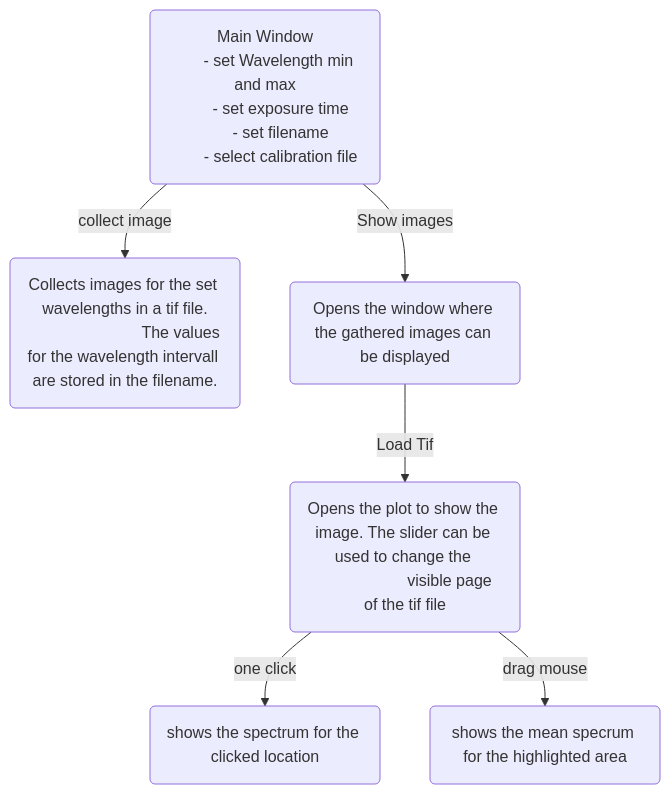
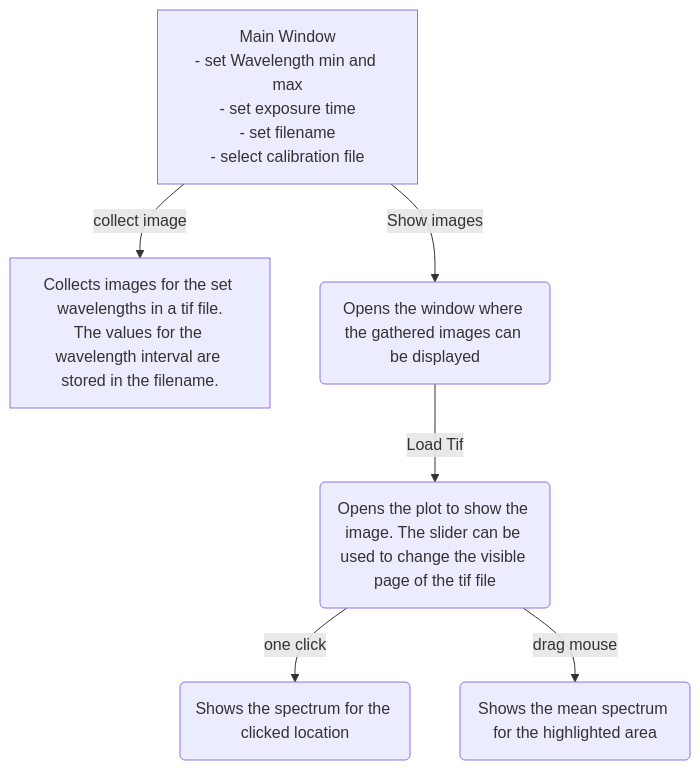
Before and after one commit to ElseSchnabele/Microscope_Automization: the second of 2 diagrams in README.md, drawn with Mermaid.

````diff
--- a/README.md
+++ b/README.md
@@ -133,16 +133,10 @@
 ```mermaid
-flowchart TD;
-    B("Main Window
-       - set Wavelength min and max
-       - set exposure time
-       - set filename
-       - select calibration file
-                        ");
-    B -->|collect image|C(Collects images for the set wavelengths in a tif file.
-                          The values for the wavelength intervall are stored in the filename.);
-    B -->|Show images|D(Opens the window where the gathered images can be displayed);
-    D -->|Load Tif|E(Opens the plot to show the image. The slider can be used to change the 
-                     visible page of the tif file);
-    E -->|one click|F(shows the spectrum for the clicked location);
-    E -->|drag mouse|G(shows the mean specrum for the highlighted area);
+flowchart TD
+    B["Main Window<br>- set Wavelength min and max<br>- set exposure time<br>- set filename<br>- select calibration file"]
+    B -->|collect image| C["Collects images for the set wavelengths in a tif file.<br>The values for the wavelength interval are stored in the filename."]
+    B -->|Show images| D("Opens the window where the gathered images can be displayed")
+    D -->|Load Tif| E("Opens the plot to show the image. The slider can be used to change the visible page of the tif file")
+    E -->|one click| F("Shows the spectrum for the clicked location")
+    E -->|drag mouse| G("Shows the mean spectrum for the highlighted area")
+
 ```
````
